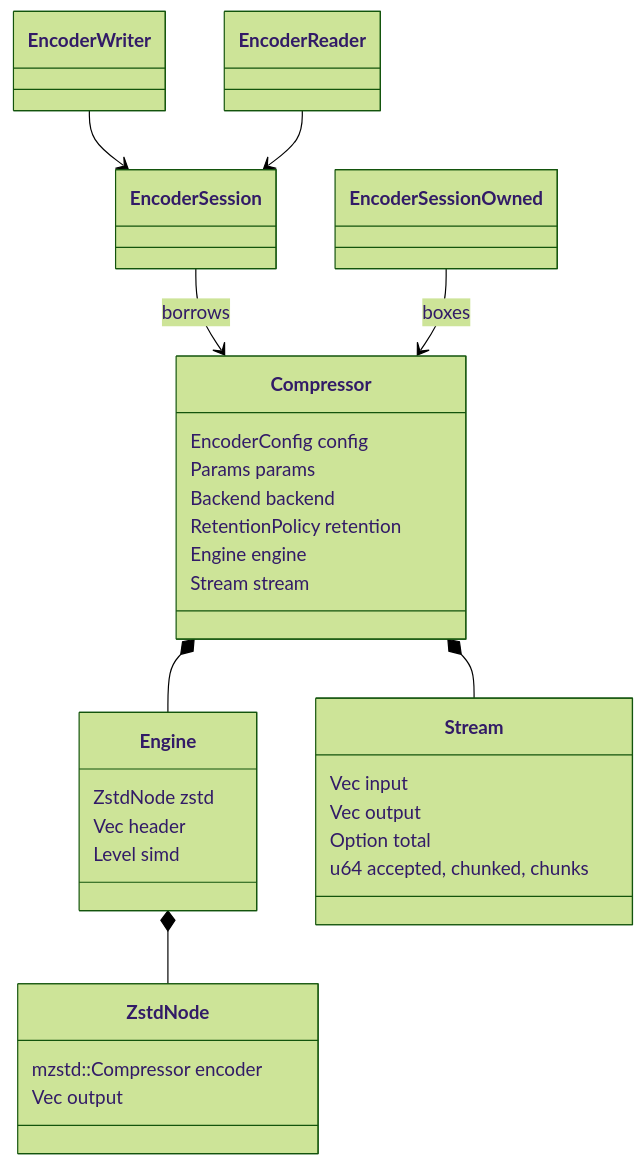
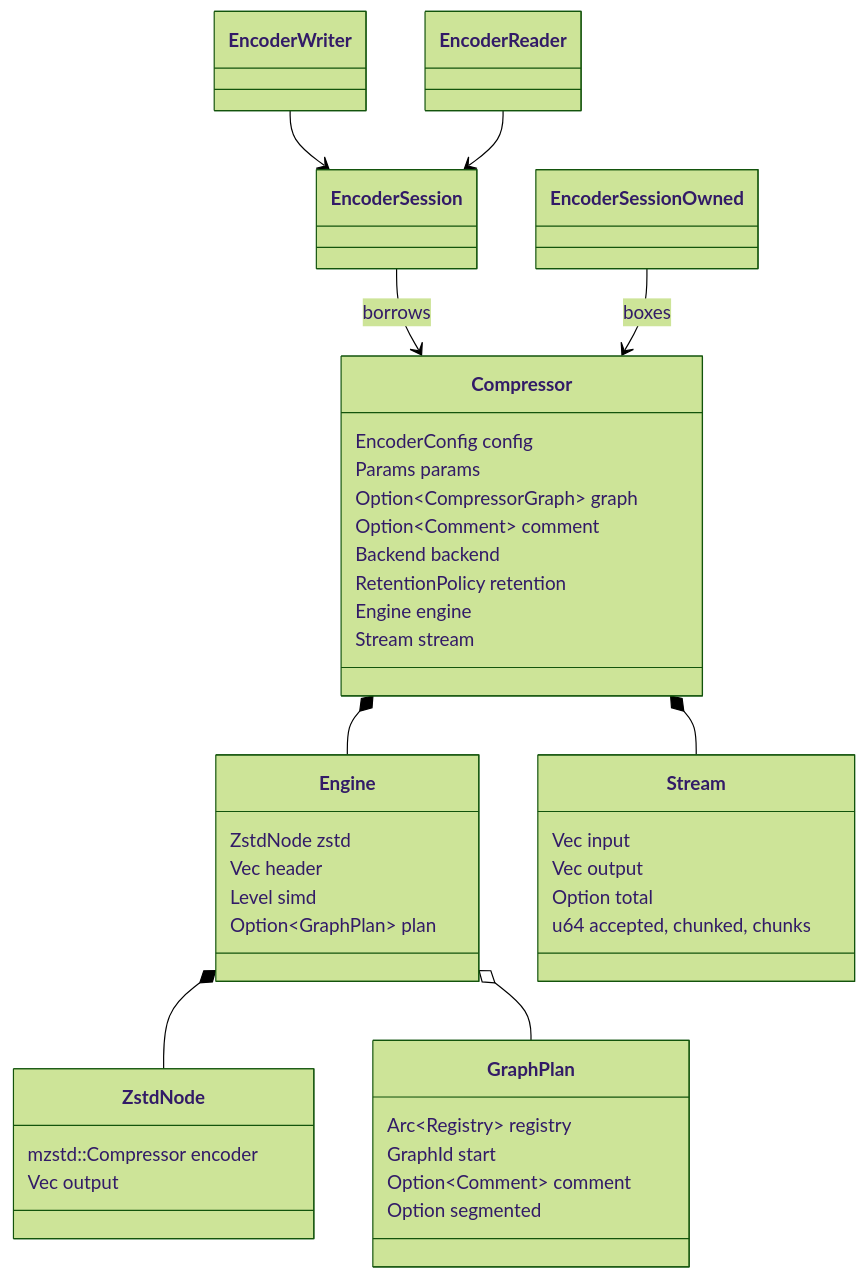
Before and after one commit to M-Compressors/mopenzl: the first of 3 diagrams in architecture/compressor.md, drawn with Mermaid (forest theme). The commit also changed other lines of this file and 784 other files, not shown here.

Commit message:
Support graph with all codecs

````diff
--- a/architecture/compressor.md
+++ b/architecture/compressor.md
@@ -5,33 +5,43 @@
 ```mermaid
 classDiagram
     class Compressor {
         EncoderConfig config
         Params params
+        Option~CompressorGraph~ graph
+        Option~Comment~ comment
         Backend backend
         RetentionPolicy retention
         Engine engine
         Stream stream
     }
     class Engine {
         ZstdNode zstd
         Vec header
         Level simd
+        Option~GraphPlan~ plan
+    }
+    class GraphPlan {
+        Arc~Registry~ registry
+        GraphId start
+        Option~Comment~ comment
+        Option segmented
     }
     class Stream {
         Vec input
         Vec output
         Option total
         u64 accepted, chunked, chunks
     }
     class ZstdNode {
         mzstd::Compressor encoder
         Vec output
     }
     Compressor *-- Engine
     Compressor *-- Stream
     Engine *-- ZstdNode
+    Engine o-- GraphPlan
     EncoderSession --> Compressor : borrows
     EncoderSessionOwned --> Compressor : boxes
     EncoderWriter --> EncoderSession
     EncoderReader --> EncoderSession
 ```
````
